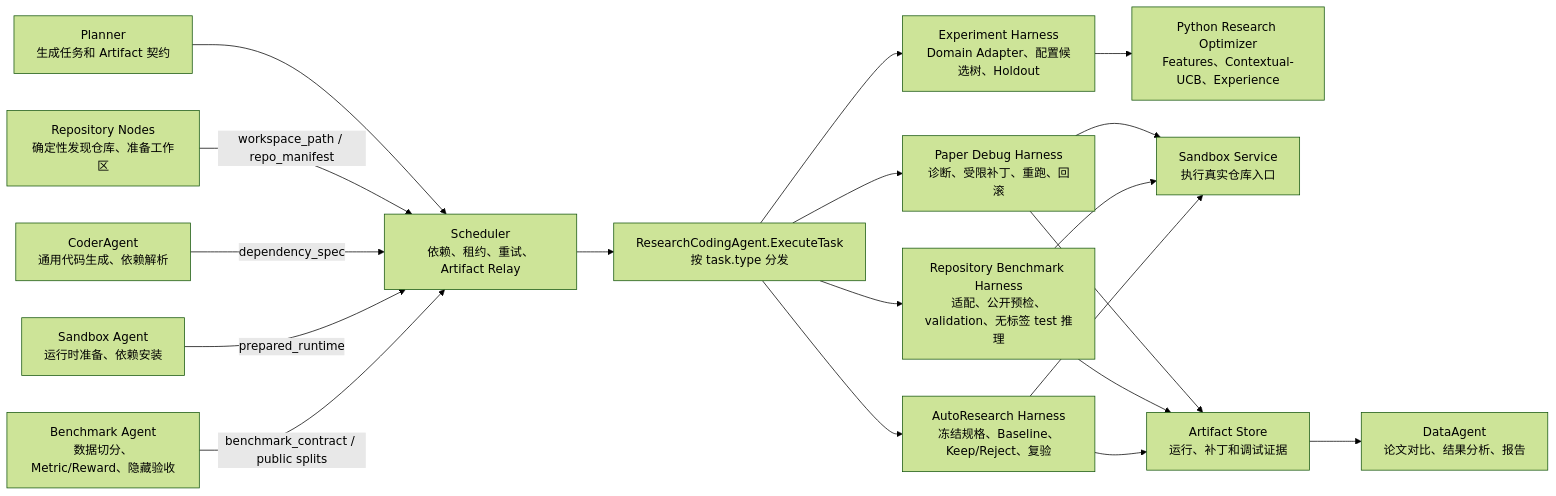
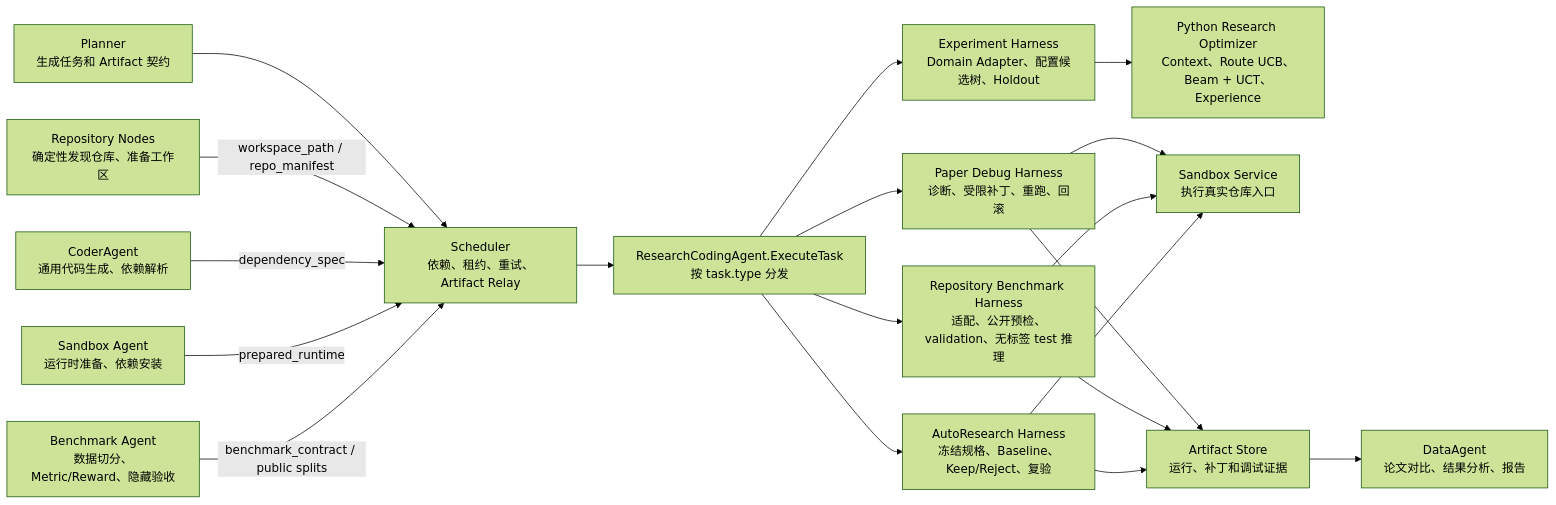
The first of 2 diagrams in scholar-agent/docs/research_coding_agent.md (yu-xin-c/Sea-mult-agent), drawn with Mermaid (forest theme) before and after one commit. The commit also changed other lines of this file and 30 other files, not shown here.

````diff
--- a/scholar-agent/docs/research_coding_agent.md
+++ b/scholar-agent/docs/research_coding_agent.md
@@ -18,24 +18,24 @@
 ```mermaid
 flowchart LR
     P["Planner<br/>生成任务和 Artifact 契约"] --> S["Scheduler<br/>依赖、租约、重试、Artifact Relay"]
     S --> D["ResearchCodingAgent.ExecuteTask<br/>按 task.type 分发"]
 
     R["Repository Nodes<br/>确定性发现仓库、准备工作区"] -->|"workspace_path / repo_manifest"| S
     C["CoderAgent<br/>通用代码生成、依赖解析"] -->|"dependency_spec"| S
     E["Sandbox Agent<br/>运行时准备、依赖安装"] -->|"prepared_runtime"| S
 	B["Benchmark Agent<br/>数据切分、Metric/Reward、隐藏验收"] -->|"benchmark_contract / public splits"| S
 
     D --> PH["Paper Debug Harness<br/>诊断、受限补丁、重跑、回滚"]
     D --> BH["Repository Benchmark Harness<br/>适配、公开预检、validation、无标签 test 推理"]
     D --> AH["AutoResearch Harness<br/>冻结规格、Baseline、Keep/Reject、复验"]
     D --> EH["Experiment Harness<br/>Domain Adapter、配置候选树、Holdout"]
-    EH --> RO["Python Research Optimizer<br/>Features、Contextual-UCB、Experience"]
+    EH --> RO["Python Research Optimizer<br/>Context、Route UCB、Beam + UCT、Experience"]
 
     PH --> X["Sandbox Service<br/>执行真实仓库入口"]
     BH --> X
     AH --> X
     PH --> A["Artifact Store<br/>运行、补丁和调试证据"]
     BH --> A
     AH --> A
     A --> DA["DataAgent<br/>论文对比、结果分析、报告"]
 ```
````
